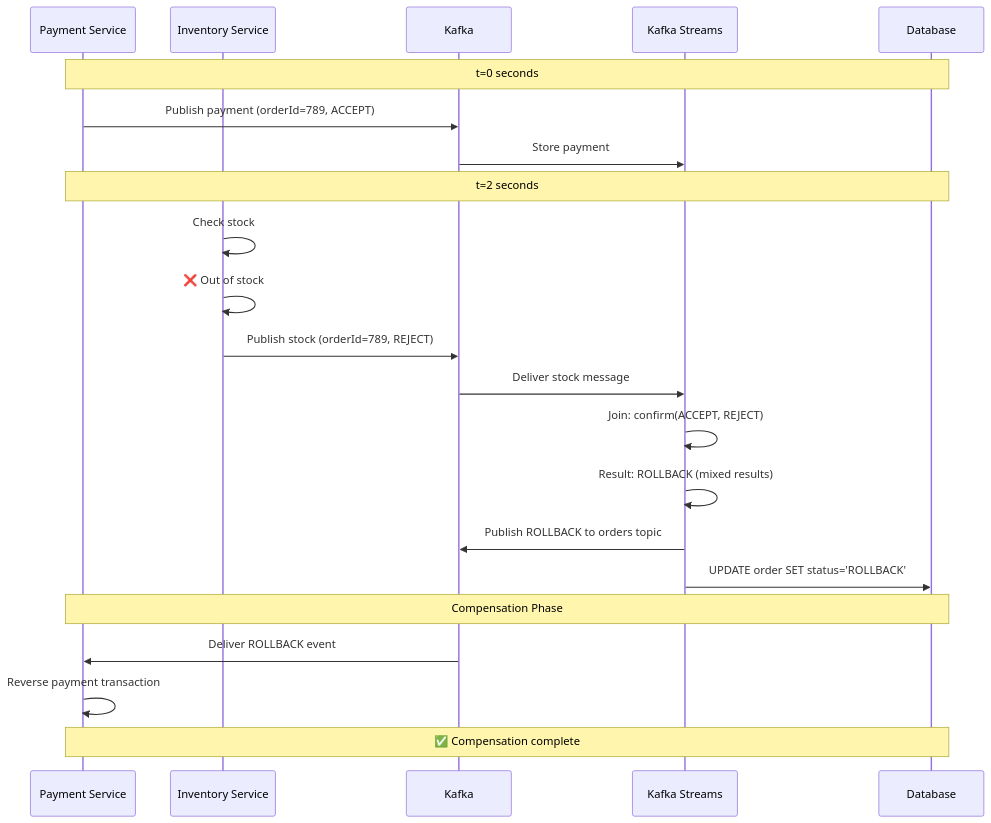
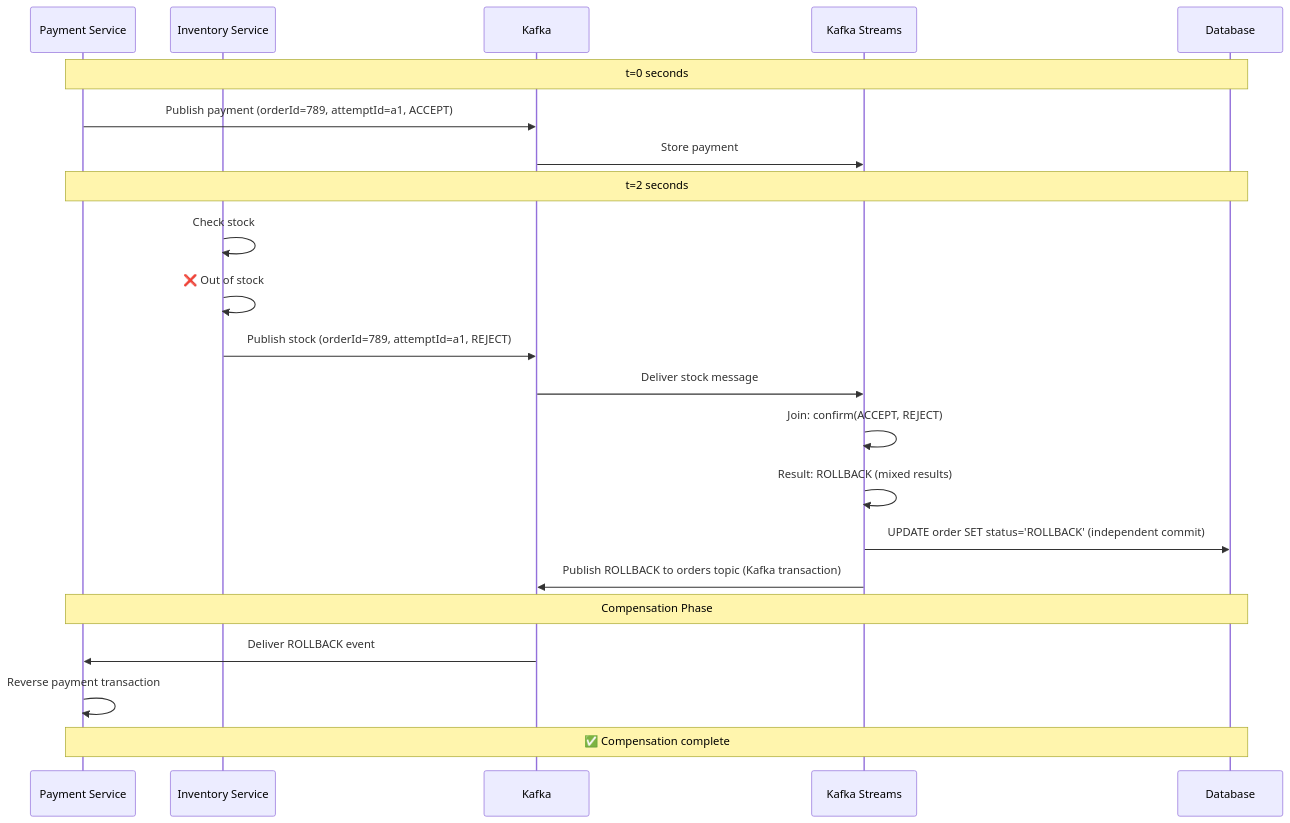
One commit to rajadilipkolli/spring-boot-microservices-series-v2 changed the tenth of 10 diagrams in order-service/docs/06-Saga-Confusion-Points-Clarified.md. Above: the diagram before and after it, drawn with Mermaid. The commit also changed other lines of this file and 12 other files, not shown here.

Commit message:
docs : correct Kafka transaction guarantees and OAuth2 security examples

````diff
--- a/order-service/docs/06-Saga-Confusion-Points-Clarified.md
+++ b/order-service/docs/06-Saga-Confusion-Points-Clarified.md
@@ -462,28 +430,28 @@
 ```mermaid
 sequenceDiagram
     participant PS as Payment Service
     participant IS as Inventory Service
     participant K as Kafka
     participant KS as Kafka Streams
     participant DB as Database
     
     Note over PS,DB: t=0 seconds
-    PS->>K: Publish payment (orderId=789, ACCEPT)
+    PS->>K: Publish payment (orderId=789, attemptId=a1, ACCEPT)
     K->>KS: Store payment
     
     Note over PS,DB: t=2 seconds
     IS->>IS: Check stock
     IS->>IS: ❌ Out of stock
-    IS->>K: Publish stock (orderId=789, REJECT)
+    IS->>K: Publish stock (orderId=789, attemptId=a1, REJECT)
     K->>KS: Deliver stock message
     
     KS->>KS: Join: confirm(ACCEPT, REJECT)
     KS->>KS: Result: ROLLBACK (mixed results)
-    KS->>K: Publish ROLLBACK to orders topic
-    KS->>DB: UPDATE order SET status='ROLLBACK'
+    KS->>DB: UPDATE order SET status='ROLLBACK' (independent commit)
+    KS->>K: Publish ROLLBACK to orders topic (Kafka transaction)
     
     Note over PS,DB: Compensation Phase
     K->>PS: Deliver ROLLBACK event
     PS->>PS: Reverse payment transaction
     Note over PS,DB: ✅ Compensation complete
 ```
````
